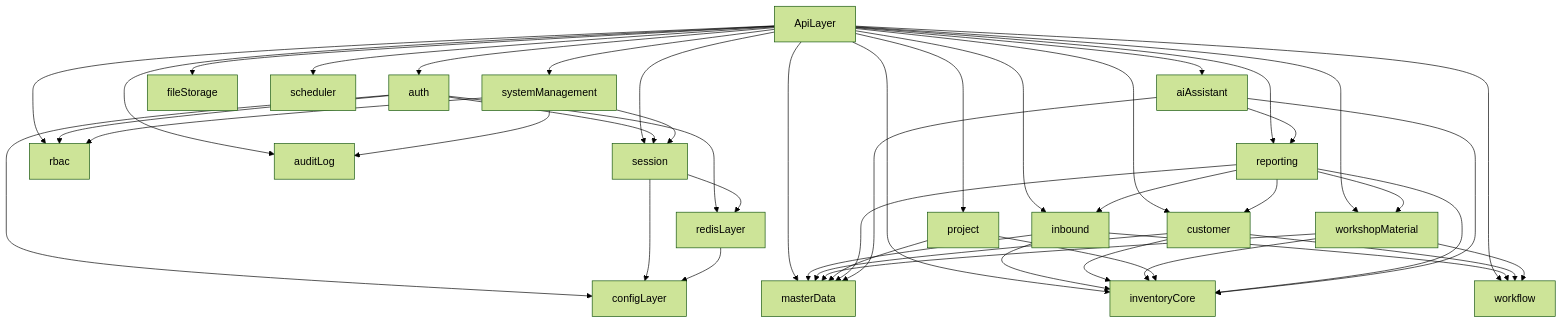
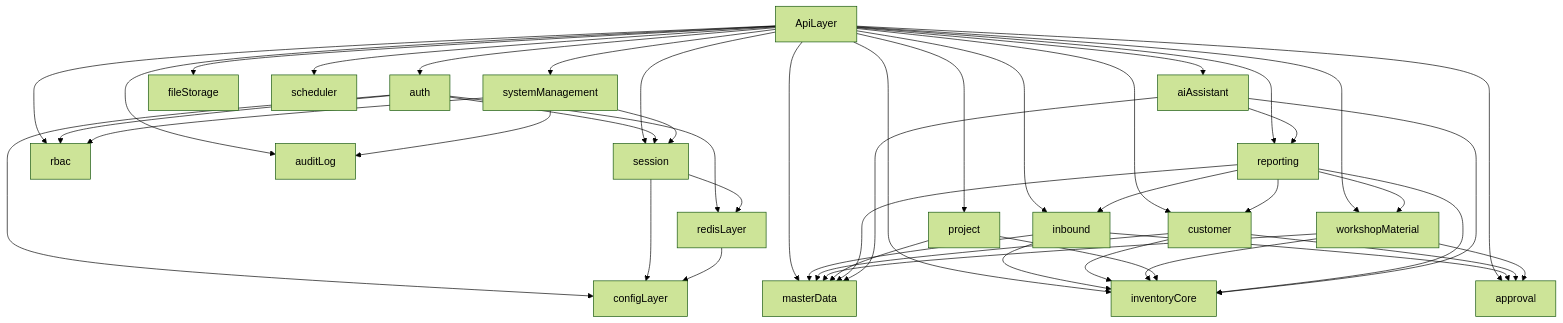
The diagram in docs/architecture/00-architecture-overview.md (Cupcc/saifute-wsm-server), drawn with Mermaid (forest theme) before and after one commit. The commit also changed other lines of this file and 818 other files, not shown here.

````diff
--- a/docs/architecture/00-architecture-overview.md
+++ b/docs/architecture/00-architecture-overview.md
@@ -212,49 +223,49 @@
 ```mermaid
 flowchart TD
     ApiLayer --> auth
     ApiLayer --> session
     ApiLayer --> rbac
     ApiLayer --> auditLog
     ApiLayer --> systemManagement
     ApiLayer --> fileStorage
     ApiLayer --> scheduler
     ApiLayer --> masterData
     ApiLayer --> inventoryCore
-    ApiLayer --> workflow
+    ApiLayer --> approval
     ApiLayer --> inbound
     ApiLayer --> customer
     ApiLayer --> workshopMaterial
     ApiLayer --> project
     ApiLayer --> reporting
     ApiLayer --> aiAssistant
 
     auth --> session
     auth --> rbac
     auth --> redisLayer
     auth --> configLayer
     session --> redisLayer
     session --> configLayer
     systemManagement --> session
     systemManagement --> rbac
     systemManagement --> auditLog
     redisLayer --> configLayer
     inbound --> masterData
     inbound --> inventoryCore
-    inbound --> workflow
+    inbound --> approval
     customer --> masterData
     customer --> inventoryCore
-    customer --> workflow
+    customer --> approval
     workshopMaterial --> masterData
     workshopMaterial --> inventoryCore
-    workshopMaterial --> workflow
+    workshopMaterial --> approval
     project --> masterData
     project --> inventoryCore
     reporting --> masterData
     reporting --> inventoryCore
     reporting --> inbound
     reporting --> customer
     reporting --> workshopMaterial
     aiAssistant --> reporting
     aiAssistant --> inventoryCore
     aiAssistant --> masterData
 ```
````
